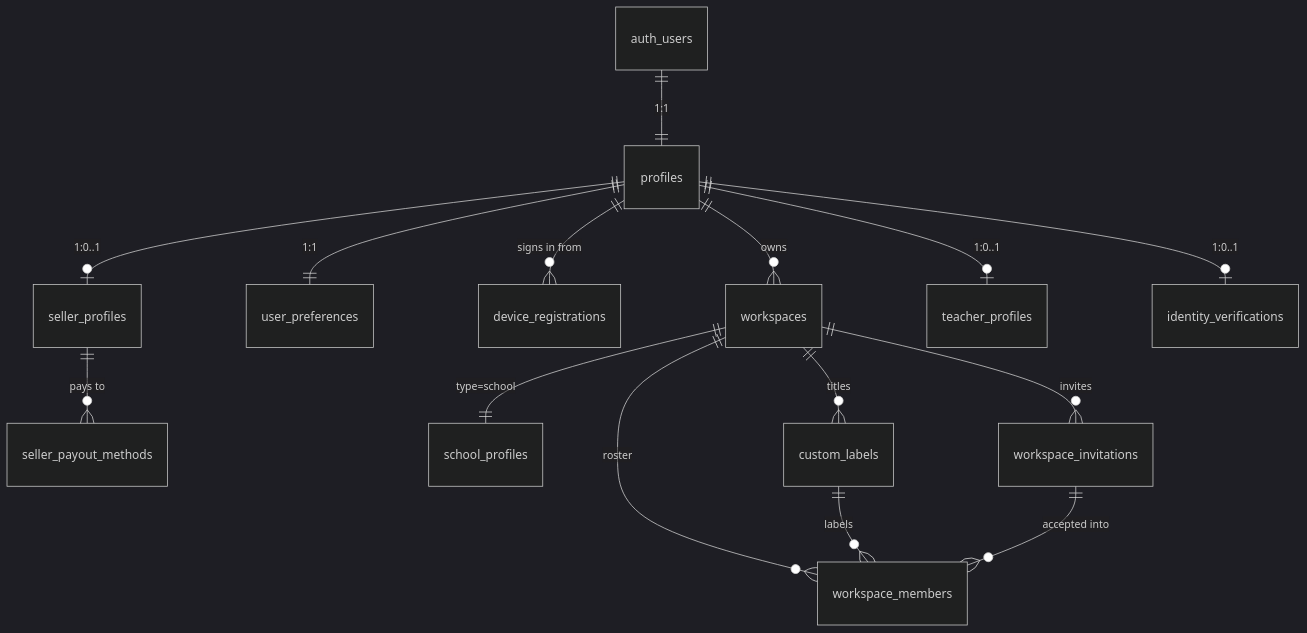
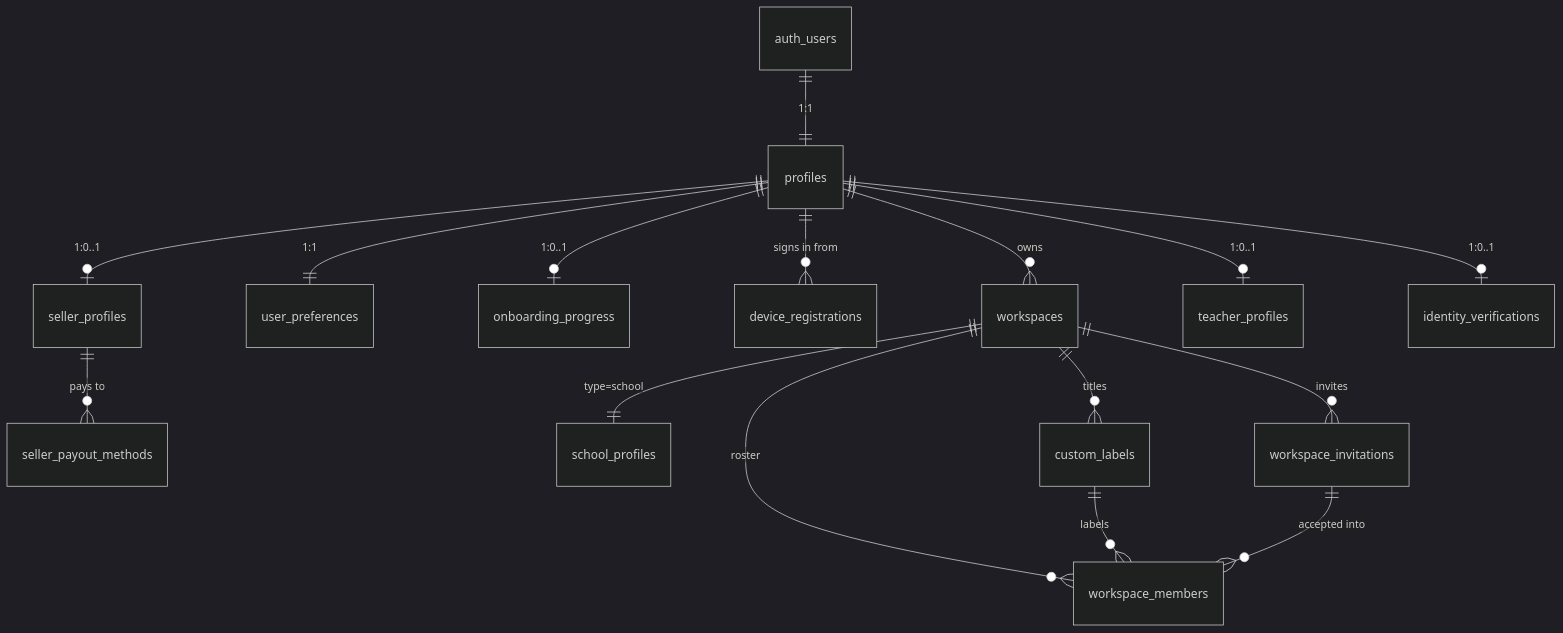
Before and after one commit to Mahadezz/acadigma-campus: the second of 7 diagrams in docs/architecture/DATA-MODEL.md, drawn with Mermaid (dark theme). The commit also changed other lines of this file and 34 other files, not shown here.

````diff
--- a/docs/architecture/DATA-MODEL.md
+++ b/docs/architecture/DATA-MODEL.md
@@ -122,17 +122,18 @@
 ```mermaid
 erDiagram
     auth_users ||--|| profiles : "1:1"
     profiles ||--o{ workspaces : "owns"
     profiles ||--|| user_preferences : "1:1"
+    profiles ||--o| onboarding_progress : "1:0..1"
     profiles ||--o{ device_registrations : "signs in from"
     profiles ||--o| seller_profiles : "1:0..1"
     profiles ||--o| teacher_profiles : "1:0..1"
     profiles ||--o| identity_verifications : "1:0..1"
     seller_profiles ||--o{ seller_payout_methods : "pays to"
     workspaces ||--|| school_profiles : "type=school"
     workspaces ||--o{ workspace_members : "roster"
     workspaces ||--o{ workspace_invitations : "invites"
     workspaces ||--o{ custom_labels : "titles"
     custom_labels ||--o{ workspace_members : "labels"
     workspace_invitations ||--o{ workspace_members : "accepted into"
 ```
````
